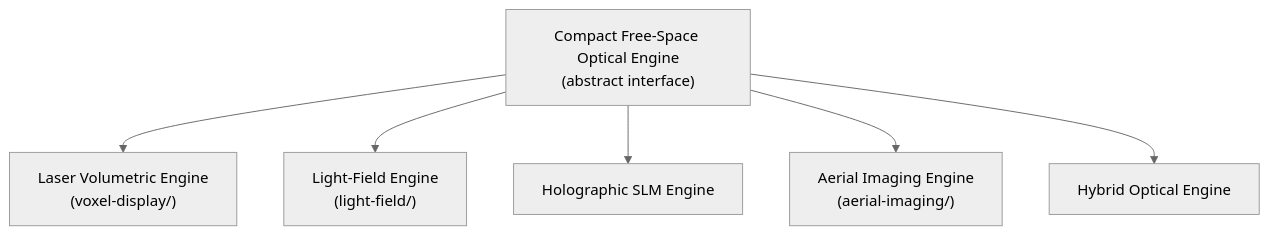
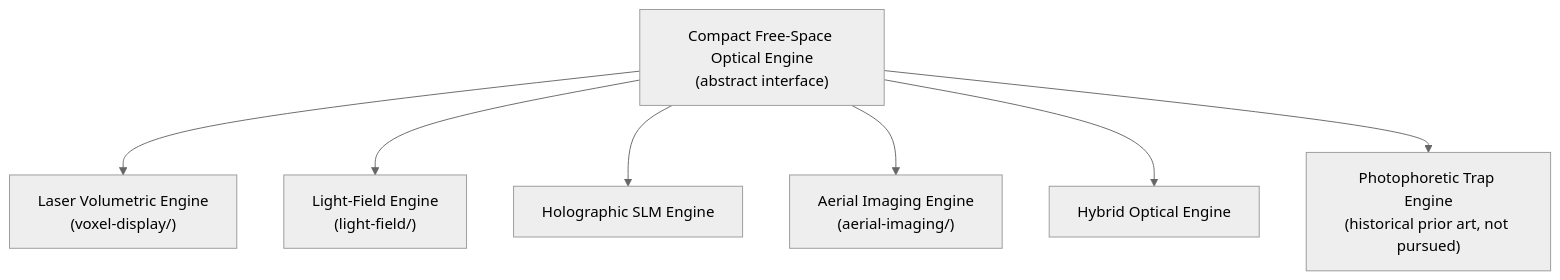
The diagram in hardware/optical-engine.md (tamim1089/tayf), drawn with Mermaid (neutral theme) before and after one commit. The commit also changed other lines of this file and 7 other files, not shown here.

````diff
--- a/hardware/optical-engine.md
+++ b/hardware/optical-engine.md
@@ -39,9 +49,10 @@
 ```mermaid
 flowchart TB
     X["Compact Free-Space Optical Engine\n(abstract interface)"]
     X --> A["Laser Volumetric Engine\n(voxel-display/)"]
     X --> B["Light-Field Engine\n(light-field/)"]
     X --> C["Holographic SLM Engine"]
     X --> D["Aerial Imaging Engine\n(aerial-imaging/)"]
     X --> E["Hybrid Optical Engine"]
+    X --> F["Photophoretic Trap Engine\n(historical prior art, not pursued)"]
 ```
````
